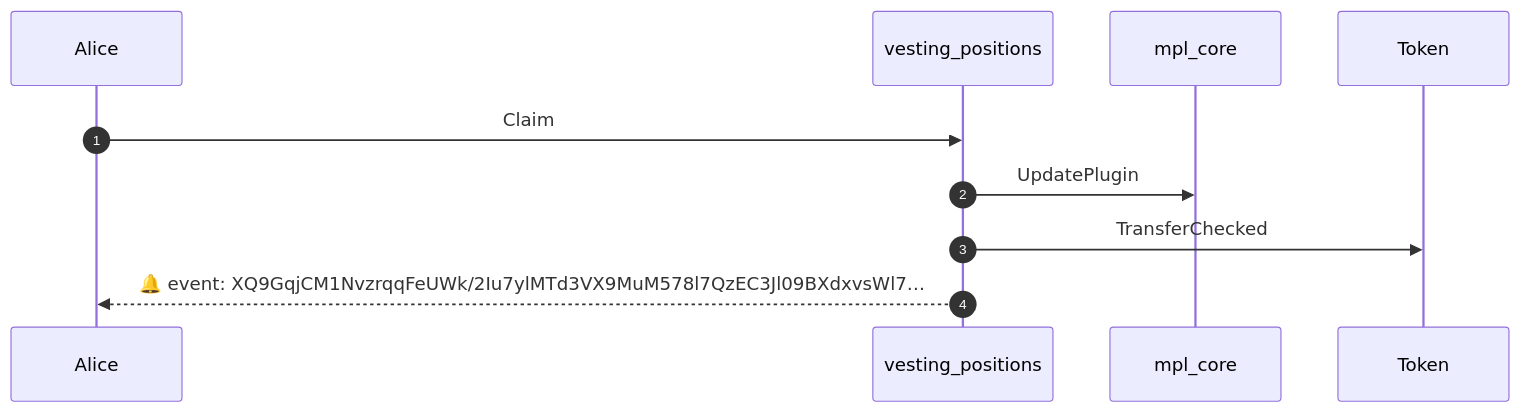
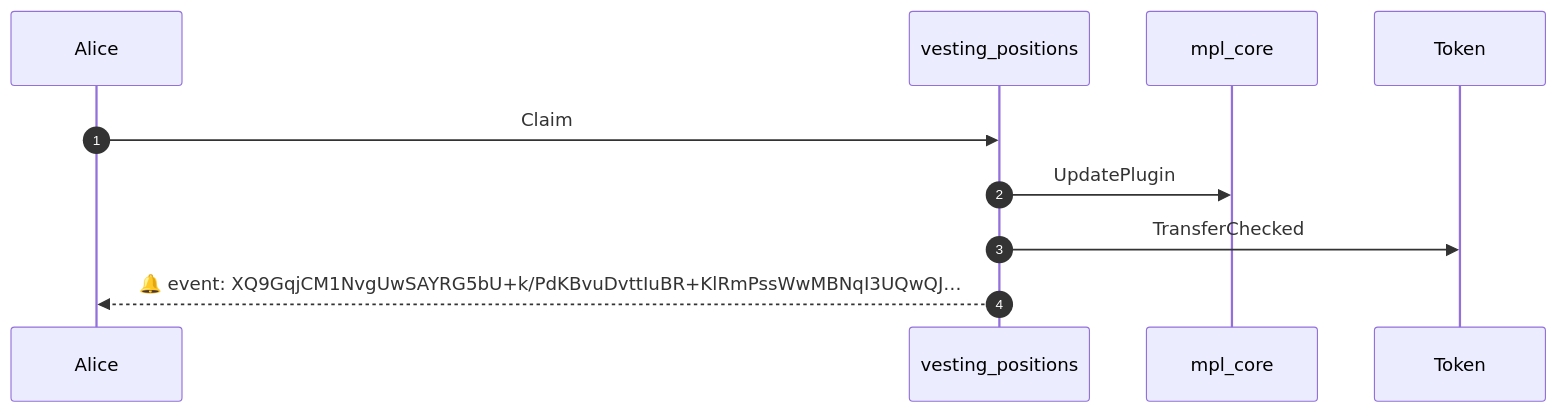
One commit to Canguilhem/Vesting-position changed the second of 4 diagrams in md-reports/full-vesting-lifecycle.md. Above: the diagram before and after it, drawn with Mermaid. The commit also changed other lines of this file and 8 other files, not shown here.

````diff
--- a/md-reports/full-vesting-lifecycle.md
+++ b/md-reports/full-vesting-lifecycle.md
@@ -247,12 +247,12 @@
 ```mermaid
 sequenceDiagram
     autonumber
     participant Alice
     participant vesting_positions
     participant mpl_core
     participant Token
     Alice ->> vesting_positions: Claim
     vesting_positions ->> mpl_core: UpdatePlugin
     vesting_positions ->> Token: TransferChecked
-    vesting_positions -->> Alice: 🔔 event: XQ9GqjCM1NvzrqqFeUWk/2Iu7ylMTd3VX9MuM578l7QzEC3Jl09BXdxvsWl7…
+    vesting_positions -->> Alice: 🔔 event: XQ9GqjCM1NvgUwSAYRG5bU+k/PdKBvuDvttIuBR+KlRmPssWwMBNqI3UQwQJ…
 ```
````
